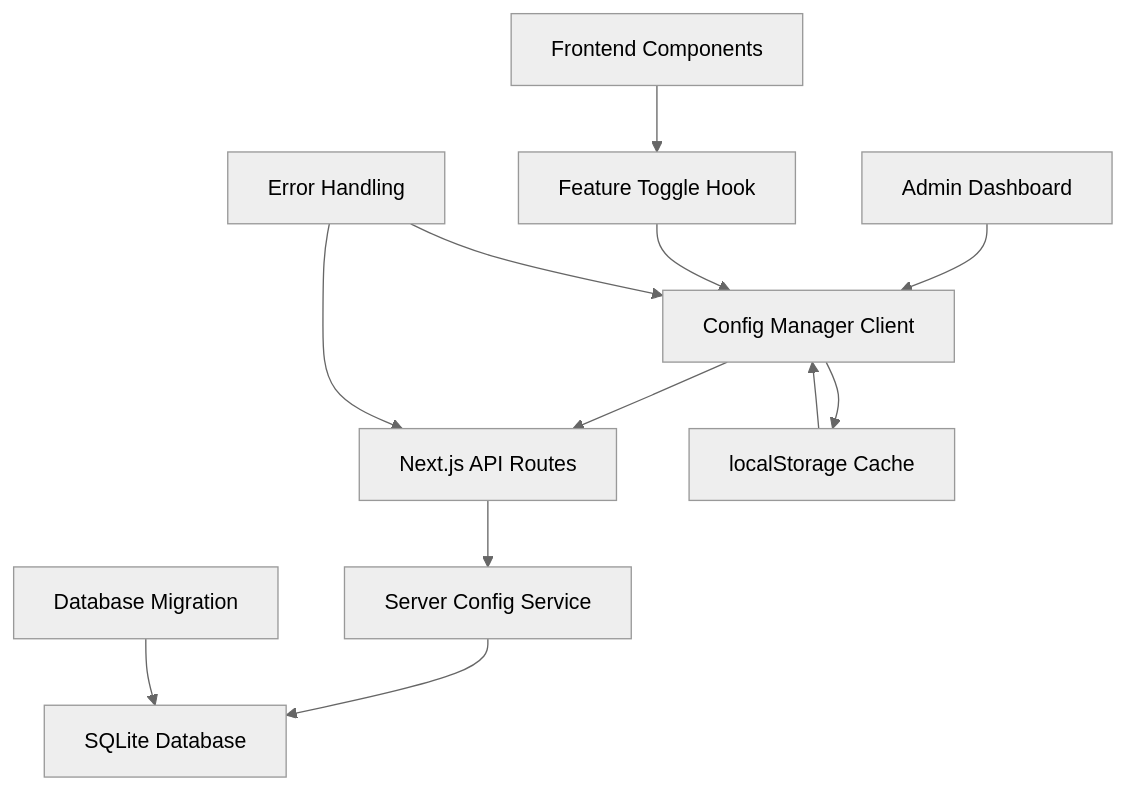
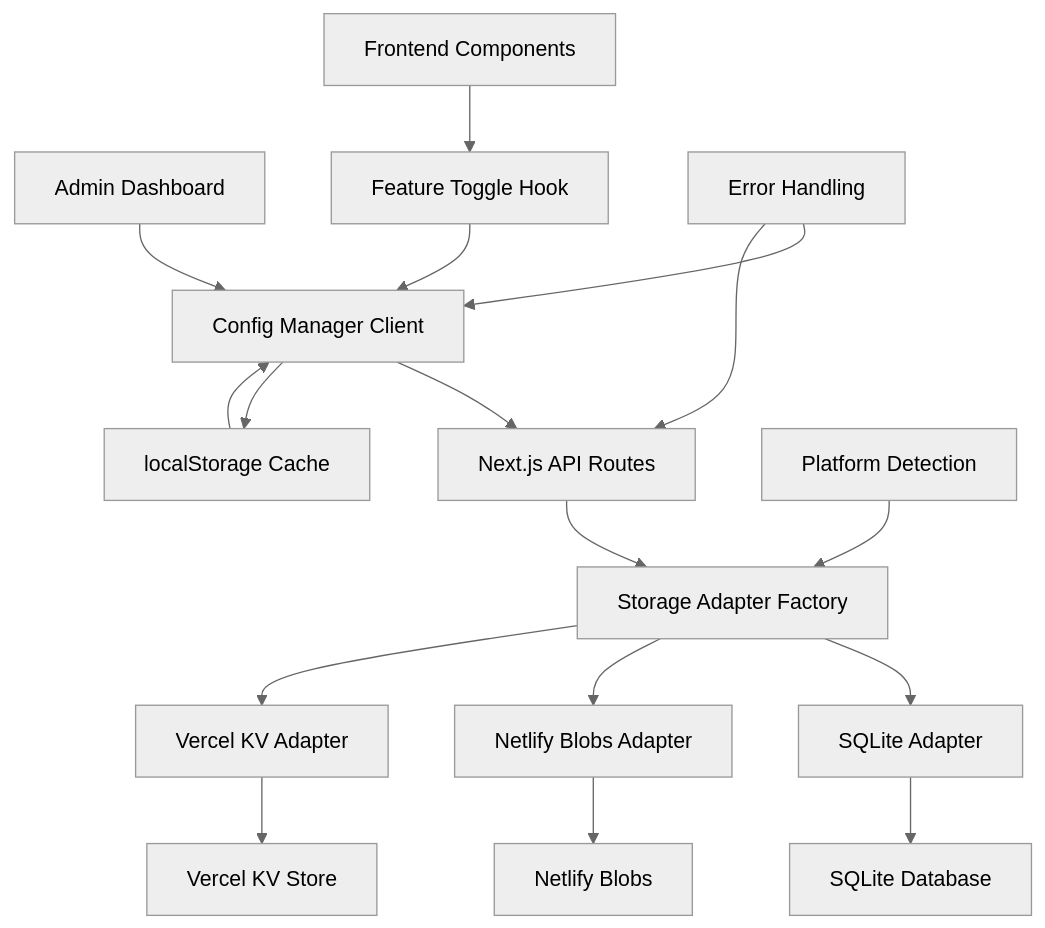
One commit to refaatcrafts/optimzed-funnle-for-upselling changed the first of 3 diagrams in .kiro/specs/server-side-config-storage/design.md. Above: the diagram before and after it, drawn with Mermaid (neutral theme). The commit also changed other lines of this file and 19 other files, not shown here.

````diff
--- a/.kiro/specs/server-side-config-storage/design.md
+++ b/.kiro/specs/server-side-config-storage/design.md
@@ -11,17 +11,23 @@
 ```mermaid
 graph TB
     A[Admin Dashboard] --> B[Config Manager Client]
     B --> C[Next.js API Routes]
-    C --> D[Server Config Service]
-    D --> E[SQLite Database]
+    C --> D[Storage Adapter Factory]
+    D --> E[SQLite Adapter]
+    D --> F[Netlify Blobs Adapter]
+    D --> G[Vercel KV Adapter]
     
-    B --> F[localStorage Cache]
-    F --> B
+    E --> H[SQLite Database]
+    F --> I[Netlify Blobs]
+    G --> J[Vercel KV Store]
     
-    G[Frontend Components] --> H[Feature Toggle Hook]
-    H --> B
+    B --> K[localStorage Cache]
+    K --> B
     
-    I[Database Migration] --> E
-    J[Error Handling] --> B
-    J --> C
+    L[Frontend Components] --> M[Feature Toggle Hook]
+    M --> B
+    
+    N[Platform Detection] --> D
+    O[Error Handling] --> B
+    O --> C
 ```
````
